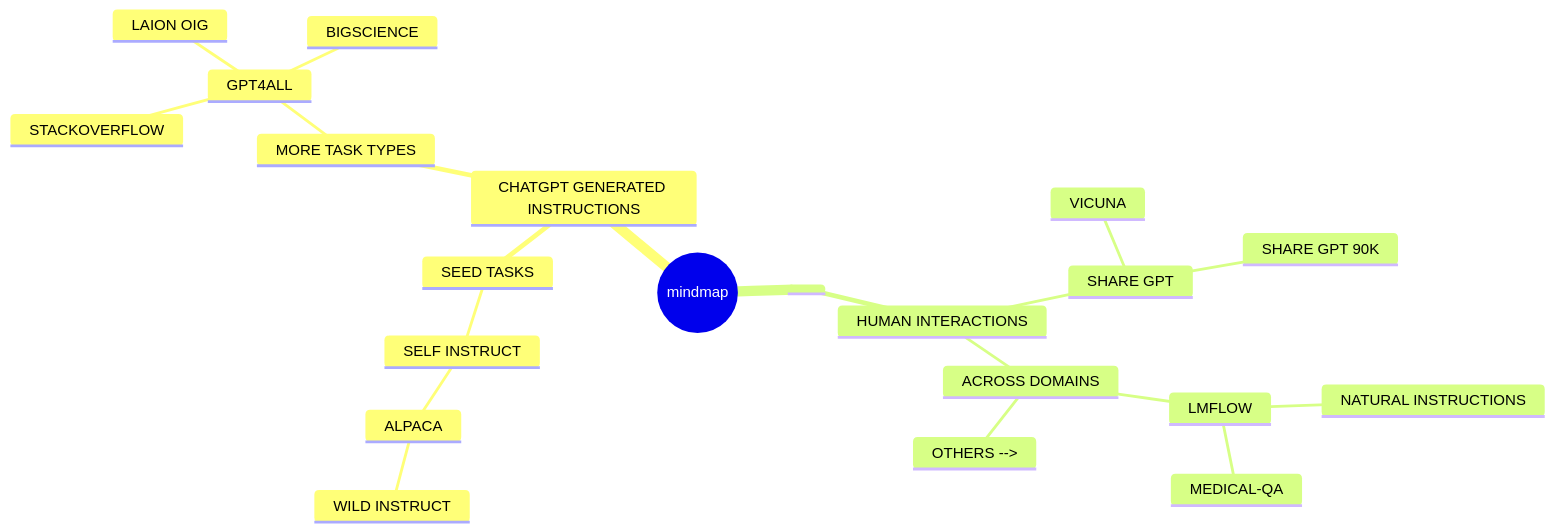
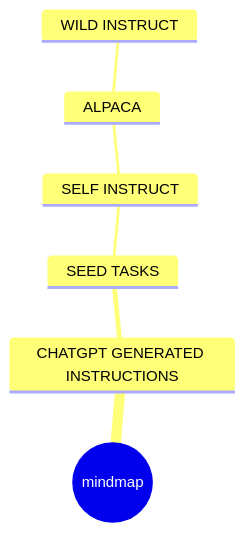
One commit to langbridgeai/Open-Instructions changed the diagram in README.md. Above: the diagram before and after it, drawn with Mermaid.

````diff
--- a/README.md
+++ b/README.md
@@ -62,26 +62,10 @@
 ```mermaid
 mindmap
   root((mindmap))
     CHATGPT GENERATED INSTRUCTIONS
         SEED TASKS
             SELF INSTRUCT
                 ALPACA
                     WILD INSTRUCT
-        MORE TASK TYPES
-            GPT4ALL
-                LAION OIG
-                STACKOVERFLOW
-                BIGSCIENCE
-    <!-- RWD
-      HUMAN INTERACTIONS
-        SHARE GPT
-            VICUNA
-            SHARE GPT 90K
-        ACROSS DOMAINS
-            LMFLOW
-                NATURAL INSTRUCTIONS
-                MEDICAL-QA
-            OTHERS -->
-
 
 ```
````
